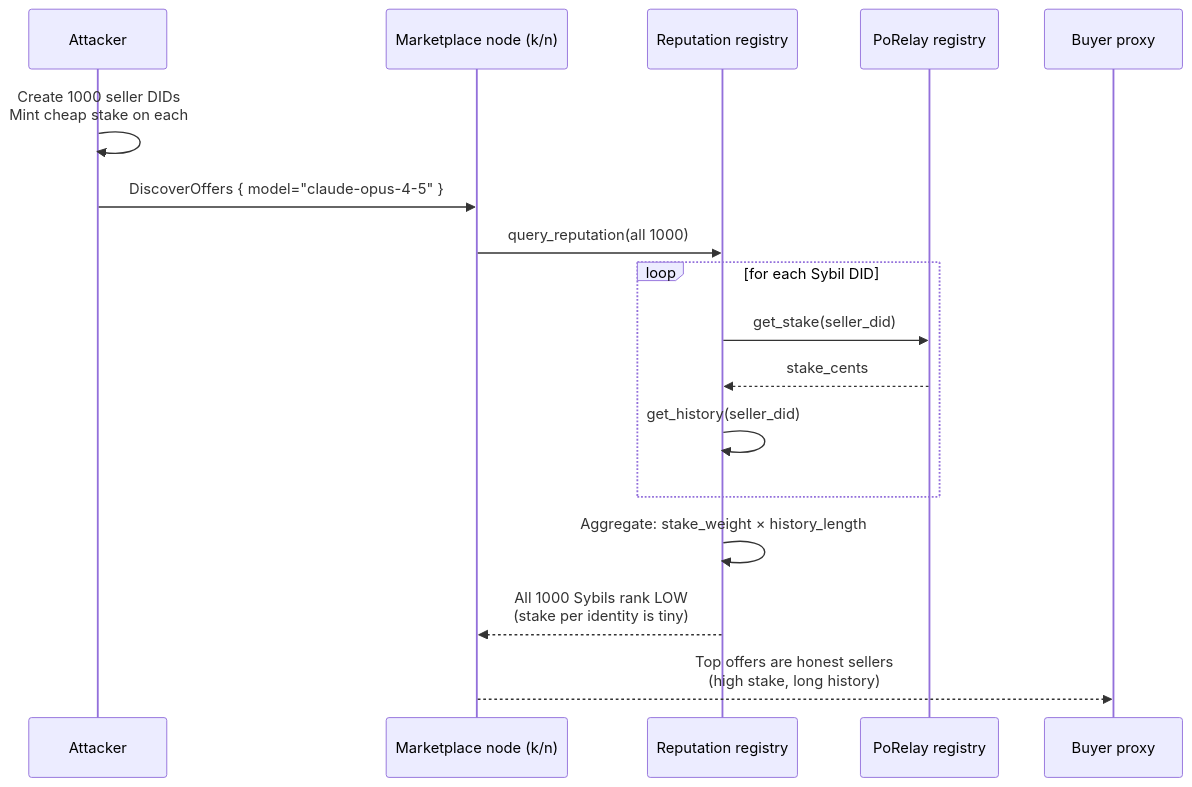
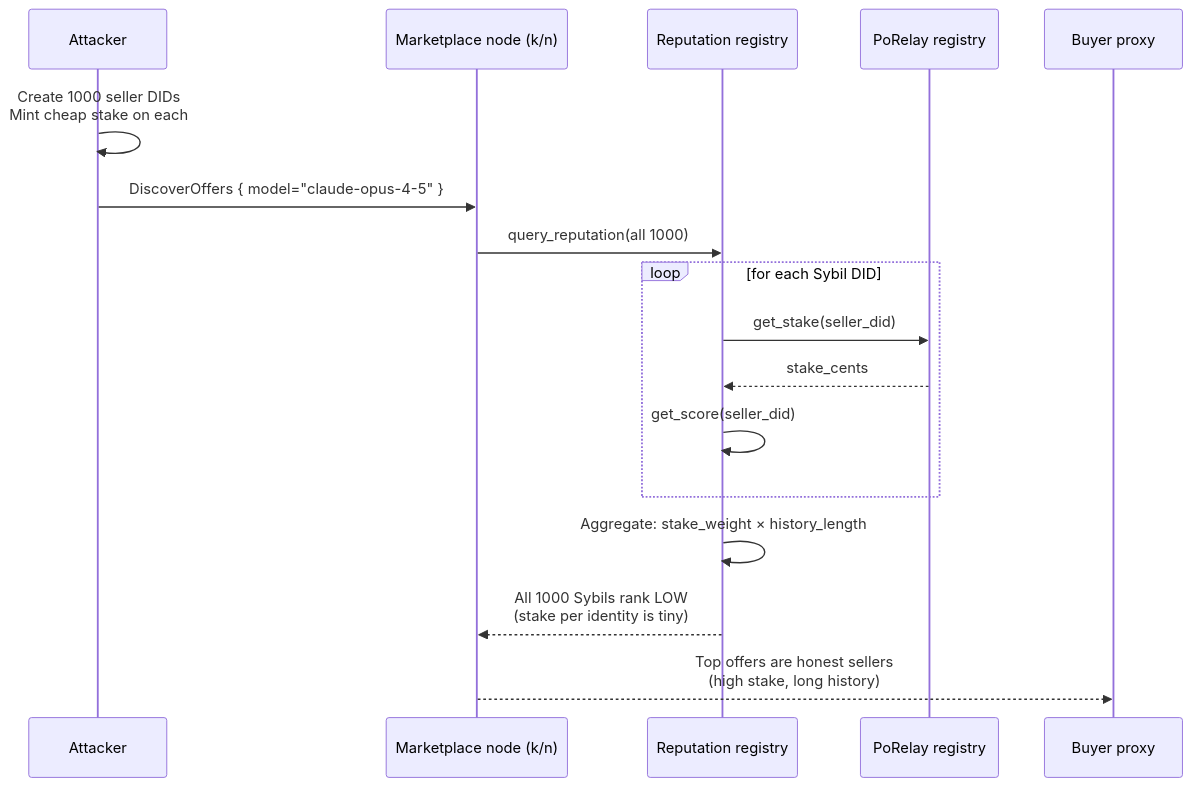
Diagram 14 of 14 in docs/architecture/end-to-end-scenarios.md (CipherOcto/cipherocto), drawn with Mermaid before and after one commit. The commit also changed other lines of this file, not shown here.

````diff
--- a/docs/architecture/end-to-end-scenarios.md
+++ b/docs/architecture/end-to-end-scenarios.md
@@ -615,20 +615,20 @@
 ```mermaid
 sequenceDiagram
     participant A as Attacker
     participant MK as Marketplace node (k/n)
     participant RR as Reputation registry
     participant ST as PoRelay registry
     participant P0 as Buyer proxy
 
     A->>A: Create 1000 seller DIDs<br/>Mint cheap stake on each
     A->>MK: DiscoverOffers { model="claude-opus-4-5" }
     MK->>RR: query_reputation(all 1000)
     loop for each Sybil DID
         RR->>ST: get_stake(seller_did)
         ST-->>RR: stake_cents
-        RR->>RR: get_history(seller_did)
+        RR->>RR: get_score(seller_did)
     end
     RR->>RR: Aggregate: stake_weight × history_length
     RR-->>MK: All 1000 Sybils rank LOW<br/>(stake per identity is tiny)
     MK-->>P0: Top offers are honest sellers<br/>(high stake, long history)
 ```
````
